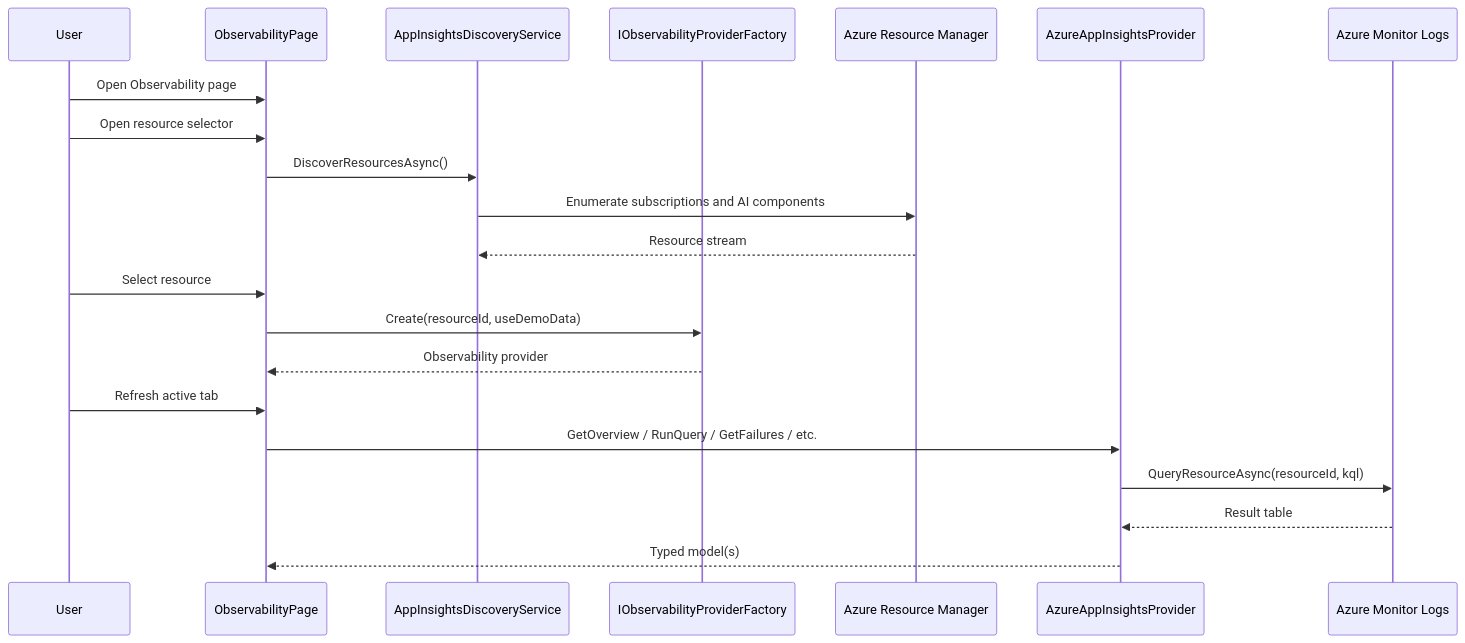
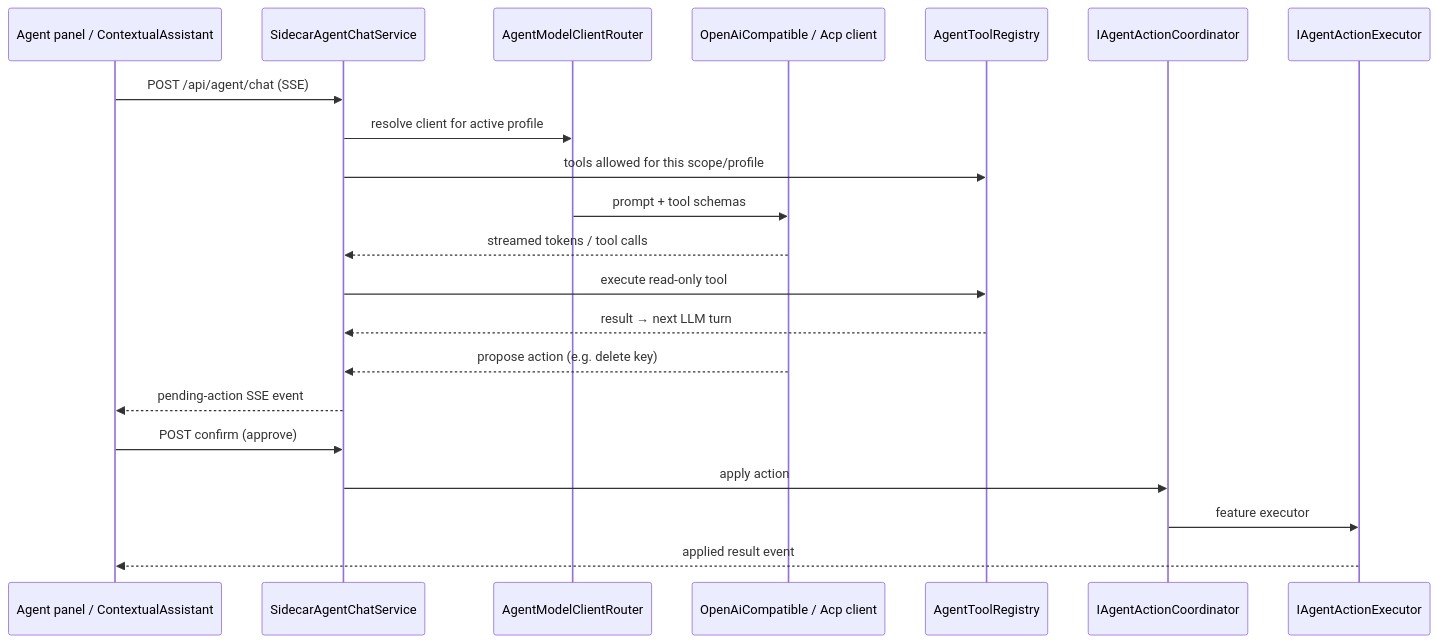
Before and after one commit to SWojtyla/SwebKit: the third of 5 diagrams in docs/architecture/design.md, drawn with Mermaid. The commit also changed other lines of this file and 964 other files, not shown here.

````diff
--- a/docs/architecture/design.md
+++ b/docs/architecture/design.md
@@ -245,24 +123,24 @@
 ```mermaid
 sequenceDiagram
-    participant User
-    participant Page as ObservabilityPage
-    participant Discovery as AppInsightsDiscoveryService
-    participant Factory as IObservabilityProviderFactory
-    participant ARM as Azure Resource Manager
-    participant Provider as AzureAppInsightsProvider
-    participant Logs as Azure Monitor Logs
+    participant UI as Agent panel / ContextualAssistant
+    participant Chat as SidecarAgentChatService
+    participant Router as AgentModelClientRouter
+    participant LLM as OpenAiCompatible / Acp client
+    participant Reg as AgentToolRegistry
+    participant Coord as IAgentActionCoordinator
+    participant Exec as IAgentActionExecutor
 
-    User->>Page: Open Observability page
-    User->>Page: Open resource selector
-    Page->>Discovery: DiscoverResourcesAsync()
-    Discovery->>ARM: Enumerate subscriptions and AI components
-    ARM-->>Discovery: Resource stream
-    User->>Page: Select resource
-    Page->>Factory: Create(resourceId, useDemoData)
-    Factory-->>Page: Observability provider
-    User->>Page: Refresh active tab
-    Page->>Provider: GetOverview / RunQuery / GetFailures / etc.
-    Provider->>Logs: QueryResourceAsync(resourceId, kql)
-    Logs-->>Provider: Result table
-    Provider-->>Page: Typed model(s)
+    UI->>Chat: POST /api/agent/chat (SSE)
+    Chat->>Router: resolve client for active profile
+    Chat->>Reg: tools allowed for this scope/profile
+    Router->>LLM: prompt + tool schemas
+    LLM-->>Chat: streamed tokens / tool calls
+    Chat->>Reg: execute read-only tool
+    Reg-->>Chat: result → next LLM turn
+    LLM-->>Chat: propose action (e.g. delete key)
+    Chat-->>UI: pending-action SSE event
+    UI->>Chat: POST confirm (approve)
+    Chat->>Coord: apply action
+    Coord->>Exec: feature executor
+    Exec-->>UI: applied result event
 ```
````
